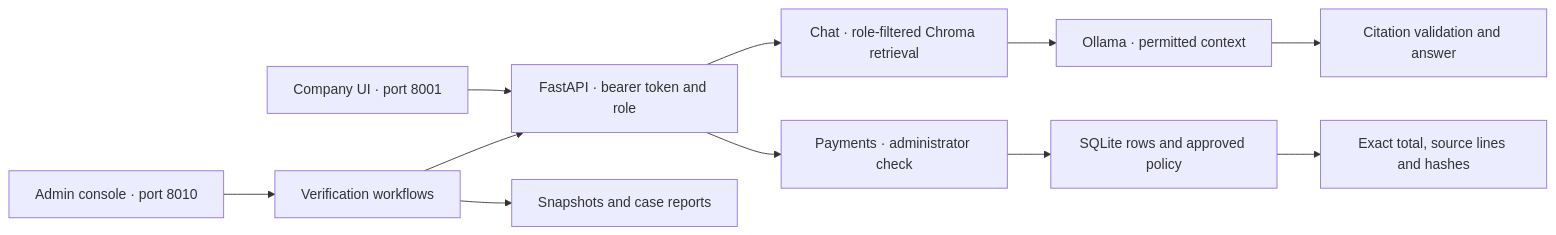
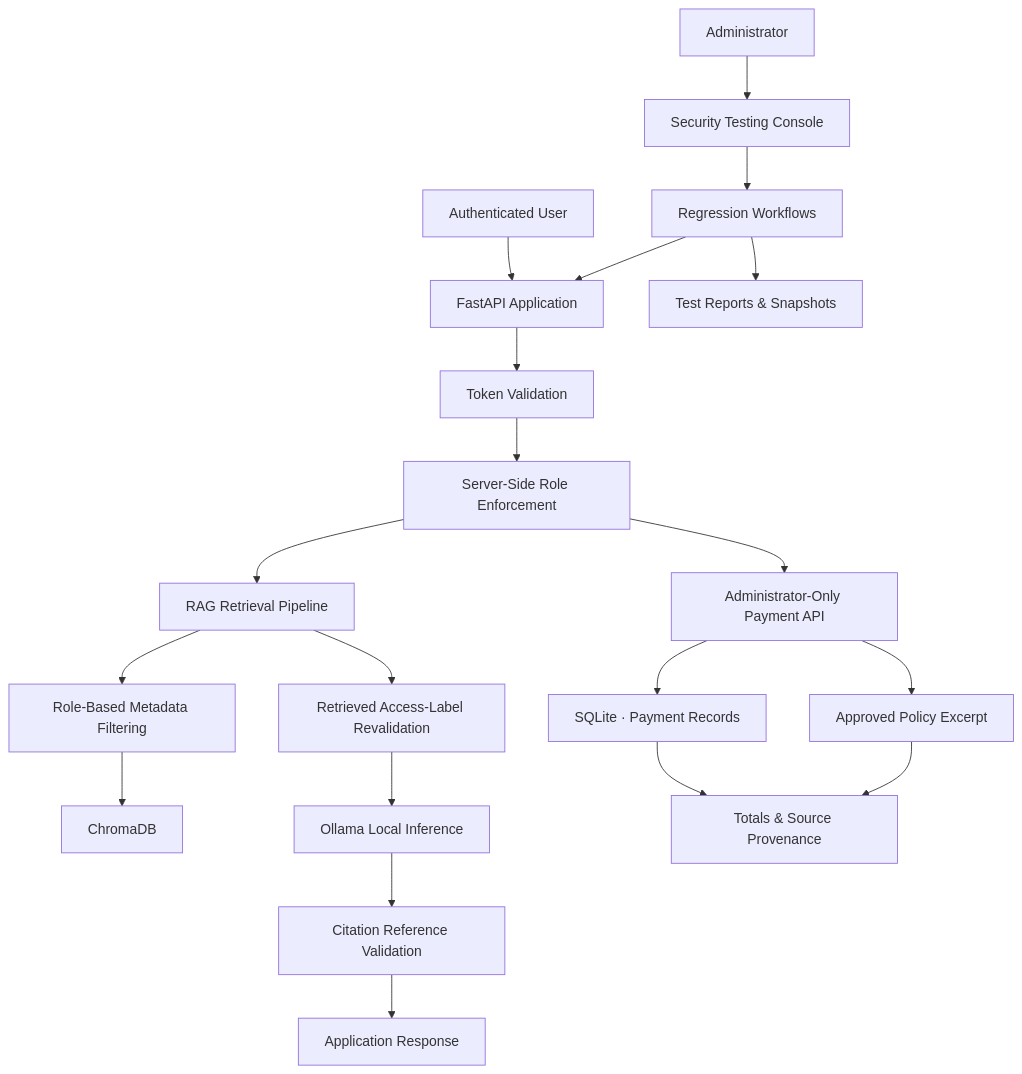
One commit to osama-git05/local-rag-security-lab changed the diagram in README.md. Above: the diagram before and after it, drawn with Mermaid. The commit also changed other lines of this file, not shown here.

First line of the commit message:
Revise README for project overview and security focus

````diff
--- a/README.md
+++ b/README.md
@@ -22,13 +36,25 @@
 ```mermaid
-flowchart LR
-    UI["Company UI · port 8001"] --> API["FastAPI · bearer token and role"]
-    API --> RAG["Chat · role-filtered Chroma retrieval"]
-    RAG --> LLM["Ollama · permitted context"]
-    LLM --> Output["Citation validation and answer"]
-    API --> Gate["Payments · administrator check"]
-    Gate --> Data["SQLite rows and approved policy"]
-    Data --> Result["Exact total, source lines and hashes"]
-    Console["Admin console · port 8010"] --> Workflow["Verification workflows"]
-    Workflow --> API
-    Workflow --> Reports["Snapshots and case reports"]
+flowchart TB
+    User["Authenticated User"] --> API["FastAPI Application"]
+    API --> Auth["Token Validation"]
+    Auth --> RBAC["Server-Side Role Enforcement"]
+
+    RBAC --> RAG["RAG Retrieval Pipeline"]
+    RAG --> Filter["Role-Based Metadata Filtering"]
+    Filter --> Chroma["ChromaDB"]
+    RAG --> Access["Retrieved Access-Label Revalidation"]
+    Access --> LLM["Ollama Local Inference"]
+    LLM --> Validation["Citation Reference Validation"]
+    Validation --> Response["Application Response"]
+
+    RBAC --> Finance["Administrator-Only Payment API"]
+    Finance --> DB["SQLite · Payment Records"]
+    Finance --> Policy["Approved Policy Excerpt"]
+    DB --> Provenance["Totals & Source Provenance"]
+    Policy --> Provenance
+
+    Admin["Administrator"] --> Console["Security Testing Console"]
+    Console --> Workflows["Regression Workflows"]
+    Workflows --> API
+    Workflows --> Evidence["Test Reports & Snapshots"]
 ```
````
